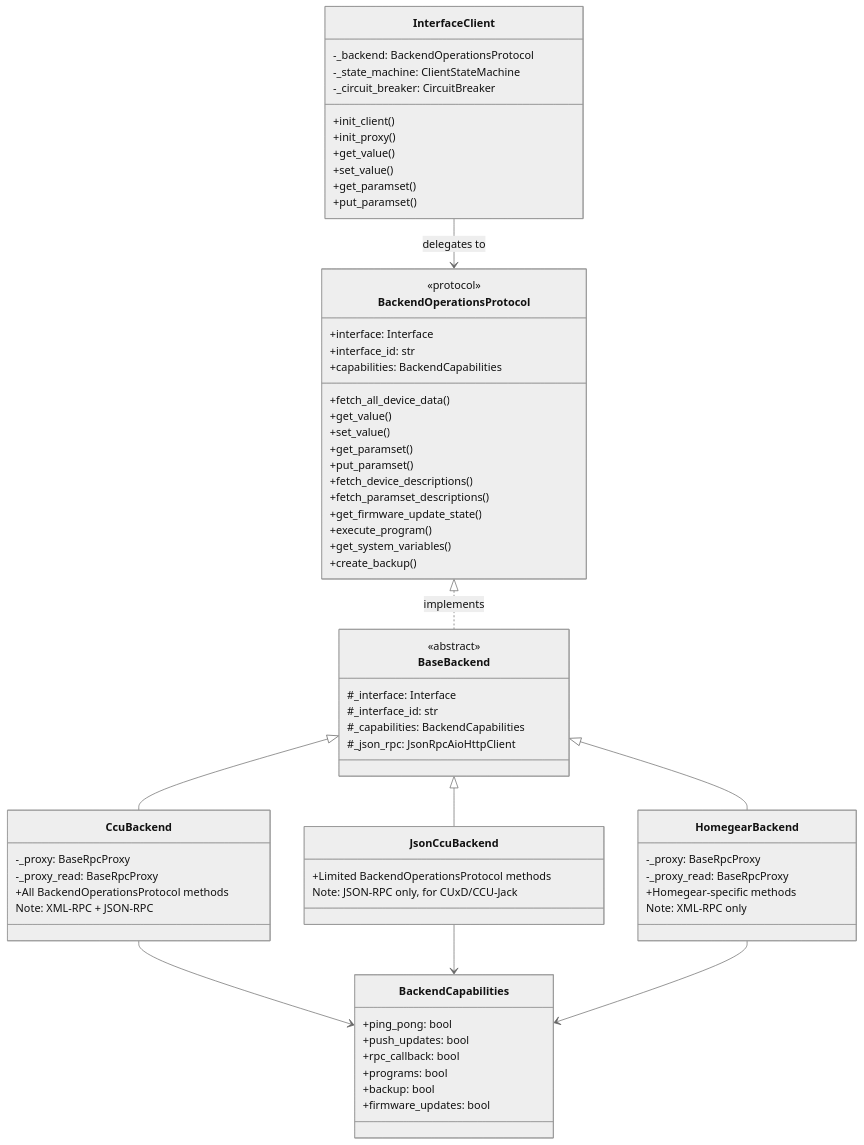
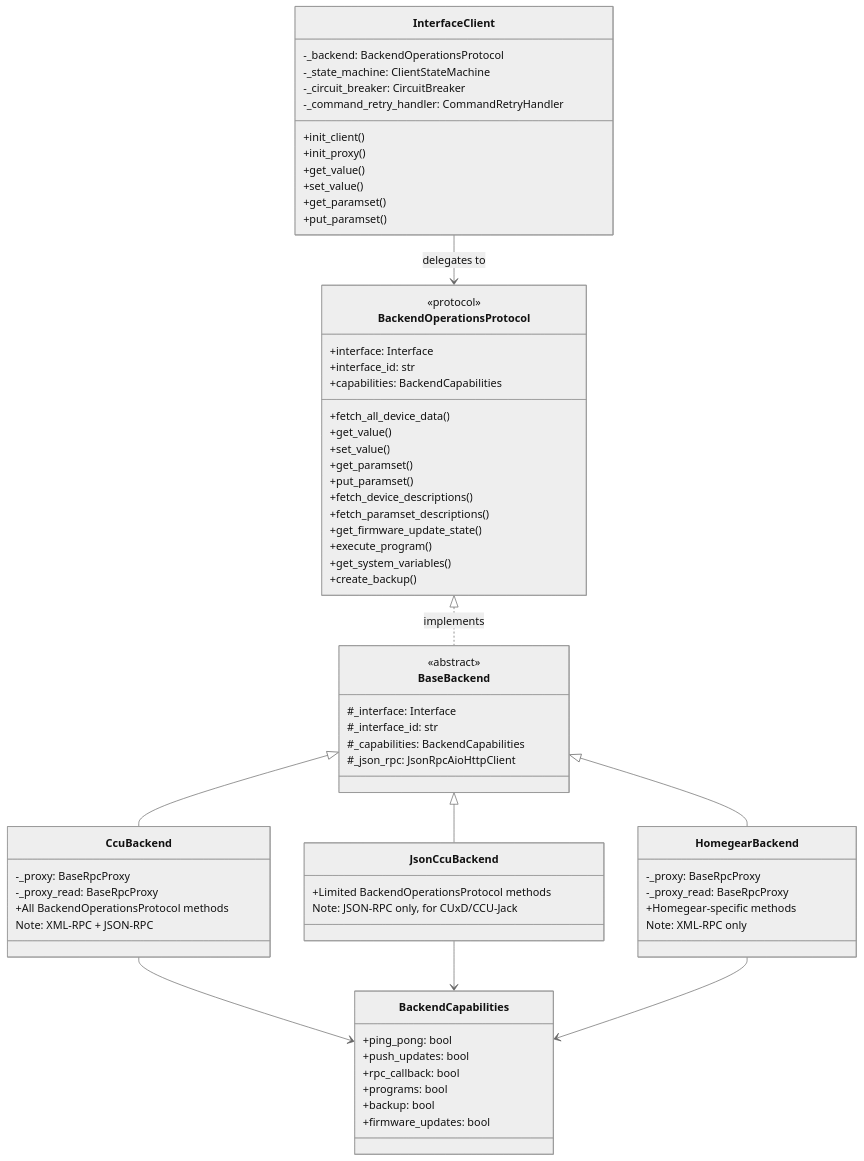
Before and after one commit to SukramJ/aiohomematic: the eighth of 17 diagrams in docs/architecture/sequence_diagrams.md, drawn with Mermaid (neutral theme). The commit also changed 31 other files, not shown here.

Commit message:
Command retry mechanism for transient failures

````diff
--- a/docs/architecture/sequence_diagrams.md
+++ b/docs/architecture/sequence_diagrams.md
@@ -588,77 +588,78 @@
 ```mermaid
 classDiagram
   class InterfaceClient {
     -_backend: BackendOperationsProtocol
     -_state_machine: ClientStateMachine
     -_circuit_breaker: CircuitBreaker
+    -_command_retry_handler: CommandRetryHandler
     +init_client()
     +init_proxy()
     +get_value()
     +set_value()
     +get_paramset()
     +put_paramset()
   }
 
   class BackendOperationsProtocol {
     <<protocol>>
     +interface: Interface
     +interface_id: str
     +capabilities: BackendCapabilities
     +fetch_all_device_data()
     +get_value()
     +set_value()
     +get_paramset()
     +put_paramset()
     +fetch_device_descriptions()
     +fetch_paramset_descriptions()
     +get_firmware_update_state()
     +execute_program()
     +get_system_variables()
     +create_backup()
   }
 
   class BaseBackend {
     <<abstract>>
     #_interface: Interface
     #_interface_id: str
     #_capabilities: BackendCapabilities
     #_json_rpc: JsonRpcAioHttpClient
   }
 
   class CcuBackend {
     -_proxy: BaseRpcProxy
     -_proxy_read: BaseRpcProxy
     +All BackendOperationsProtocol methods
     Note: XML-RPC + JSON-RPC
   }
 
   class JsonCcuBackend {
     +Limited BackendOperationsProtocol methods
     Note: JSON-RPC only, for CUxD/CCU-Jack
   }
 
   class HomegearBackend {
     -_proxy: BaseRpcProxy
     -_proxy_read: BaseRpcProxy
     +Homegear-specific methods
     Note: XML-RPC only
   }
 
   class BackendCapabilities {
     +ping_pong: bool
     +push_updates: bool
     +rpc_callback: bool
     +programs: bool
     +backup: bool
     +firmware_updates: bool
   }
 
   InterfaceClient --> BackendOperationsProtocol : delegates to
   BackendOperationsProtocol <|.. BaseBackend : implements
   BaseBackend <|-- CcuBackend
   BaseBackend <|-- JsonCcuBackend
   BaseBackend <|-- HomegearBackend
   CcuBackend --> BackendCapabilities
   JsonCcuBackend --> BackendCapabilities
   HomegearBackend --> BackendCapabilities
 ```
````
